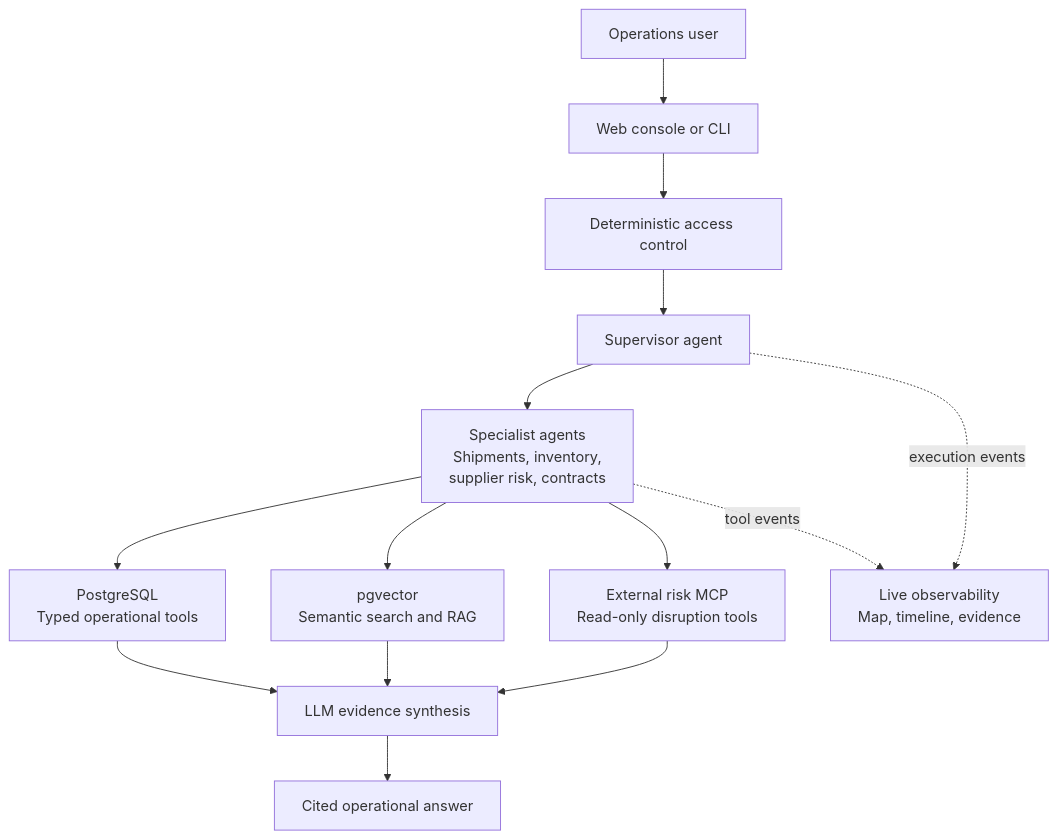
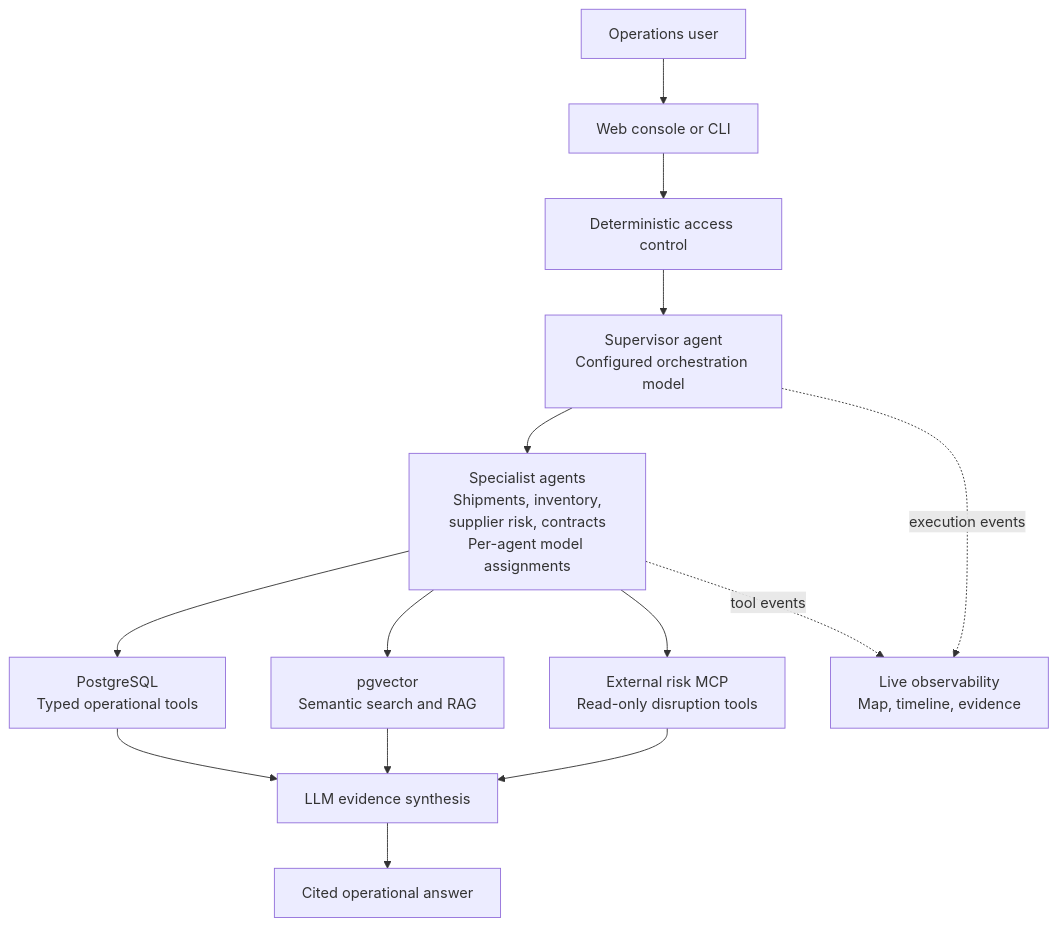
The first of 2 diagrams in ARCHITECTURE.md (shshakib/Supply-Chain-AI-Control-Tower), drawn with Mermaid before and after one commit. The commit also changed other lines of this file and 12 other files, not shown here.

Commit message:
feat: add controlled per-agent model configuration

````diff
--- a/ARCHITECTURE.md
+++ b/ARCHITECTURE.md
@@ -9,19 +9,19 @@
 ```mermaid
 flowchart TB
     USER["Operations user"] --> UI["Web console or CLI"]
     UI --> ACCESS["Deterministic access control"]
-    ACCESS --> SUPERVISOR["Supervisor agent"]
-    SUPERVISOR --> SPECIALISTS["Specialist agents<br/>Shipments, inventory,<br/>supplier risk, contracts"]
+    ACCESS --> SUPERVISOR["Supervisor agent<br/>Configured orchestration model"]
+    SUPERVISOR --> SPECIALISTS["Specialist agents<br/>Shipments, inventory,<br/>supplier risk, contracts<br/>Per-agent model assignments"]
 
     SPECIALISTS --> DB["PostgreSQL<br/>Typed operational tools"]
     SPECIALISTS --> RAG["pgvector<br/>Semantic search and RAG"]
     SPECIALISTS --> MCP["External risk MCP<br/>Read-only disruption tools"]
 
     DB --> SYNTHESIS["LLM evidence synthesis"]
     RAG --> SYNTHESIS
     MCP --> SYNTHESIS
     SYNTHESIS --> ANSWER["Cited operational answer"]
 
     SUPERVISOR -. "execution events" .-> TRACE["Live observability<br/>Map, timeline, evidence"]
     SPECIALISTS -. "tool events" .-> TRACE
 ```
````
